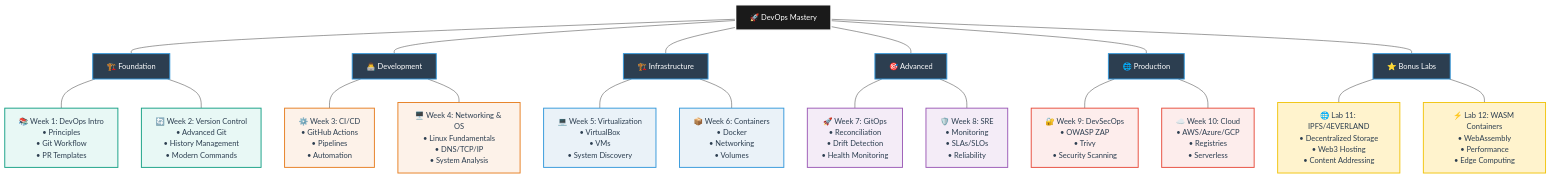
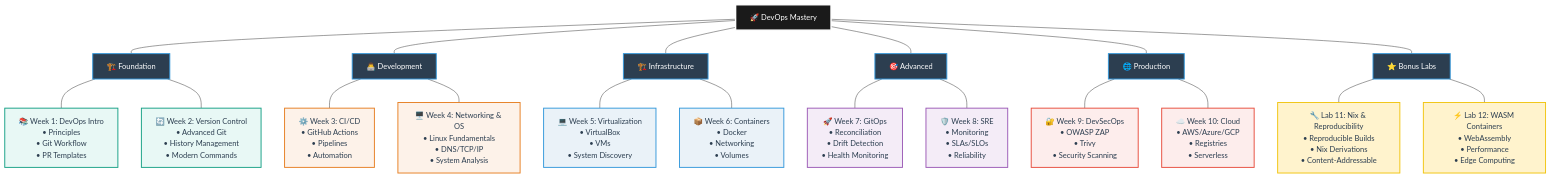
Before and after one commit to kicchhi/DevOps-Intro: the first of 3 diagrams in README.md, drawn with Mermaid. The commit also changed other lines of this file and 1 other file, not shown here.

Commit message:
Replace IPFS with Nix

````diff
--- a/README.md
+++ b/README.md
@@ -399,53 +399,53 @@
 ```mermaid
 graph TB
     ROOT[🚀 DevOps Mastery] 
     
     %% Foundation Branch
     ROOT --- FOUND[🏗️ Foundation]
     FOUND --- A[📚 Week 1: DevOps Intro<br/>• Principles<br/>• Git Workflow<br/>• PR Templates]
     FOUND --- B[🔄 Week 2: Version Control<br/>• Advanced Git<br/>• History Management<br/>• Modern Commands]
     
     %% Development Branch  
     ROOT --- DEV[👨‍💻 Development]
     DEV --- C[⚙️ Week 3: CI/CD<br/>• GitHub Actions<br/>• Pipelines<br/>• Automation]
     DEV --- D[🖥️ Week 4: Networking & OS<br/>• Linux Fundamentals<br/>• DNS/TCP/IP<br/>• System Analysis]
     
     %% Infrastructure Branch
     ROOT --- INFRA[🏗️ Infrastructure]
     INFRA --- E[💻 Week 5: Virtualization<br/>• VirtualBox<br/>• VMs<br/>• System Discovery]
     INFRA --- F[📦 Week 6: Containers<br/>• Docker<br/>• Networking<br/>• Volumes]
     
     %% Advanced Branch
     ROOT --- ADV[🎯 Advanced]
     ADV --- G[🚀 Week 7: GitOps<br/>• Reconciliation<br/>• Drift Detection<br/>• Health Monitoring]
     ADV --- H[🛡️ Week 8: SRE<br/>• Monitoring<br/>• SLAs/SLOs<br/>• Reliability]
     
     %% Production Branch
     ROOT --- PROD[🌐 Production]
     PROD --- I[🔐 Week 9: DevSecOps<br/>• OWASP ZAP<br/>• Trivy<br/>• Security Scanning]
     PROD --- J[☁️ Week 10: Cloud<br/>• AWS/Azure/GCP<br/>• Registries<br/>• Serverless]
     
     %% Bonus Branch
     ROOT --- BONUS[⭐ Bonus Labs]
-    BONUS --- K[🌐 Lab 11: IPFS/4EVERLAND<br/>• Decentralized Storage<br/>• Web3 Hosting<br/>• Content Addressing]
+    BONUS --- K[🔧 Lab 11: Nix & Reproducibility<br/>• Reproducible Builds<br/>• Nix Derivations<br/>• Content-Addressable]
     BONUS --- L[⚡ Lab 12: WASM Containers<br/>• WebAssembly<br/>• Performance<br/>• Edge Computing]
     
     %% Styling
     classDef rootStyle fill:#1a1a1a,stroke:#ffffff,stroke-width:3px,color:#ffffff
     classDef branchStyle fill:#2c3e50,stroke:#3498db,stroke-width:2px,color:#ffffff
     classDef foundationModule fill:#e8f8f5,stroke:#16a085,stroke-width:2px,color:#2c3e50
     classDef devModule fill:#fdf2e9,stroke:#e67e22,stroke-width:2px,color:#2c3e50
     classDef infraModule fill:#eaf2f8,stroke:#3498db,stroke-width:2px,color:#2c3e50
     classDef advModule fill:#f4ecf7,stroke:#9b59b6,stroke-width:2px,color:#2c3e50
     classDef prodModule fill:#fdedec,stroke:#e74c3c,stroke-width:2px,color:#2c3e50
     classDef bonusModule fill:#fff3cd,stroke:#f1c40f,stroke-width:2px,color:#2c3e50
     
     class ROOT rootStyle
     class FOUND,DEV,INFRA,ADV,PROD,BONUS branchStyle
     class A,B foundationModule
     class C,D devModule
     class E,F infraModule
     class G,H advModule
     class I,J prodModule
     class K,L bonusModule
 ```
````
